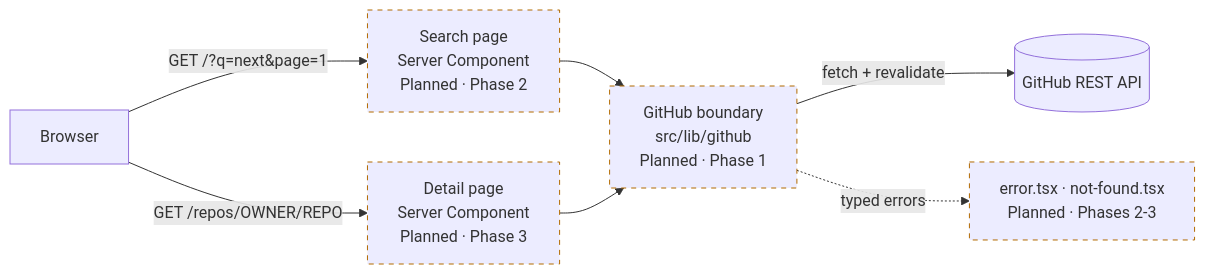
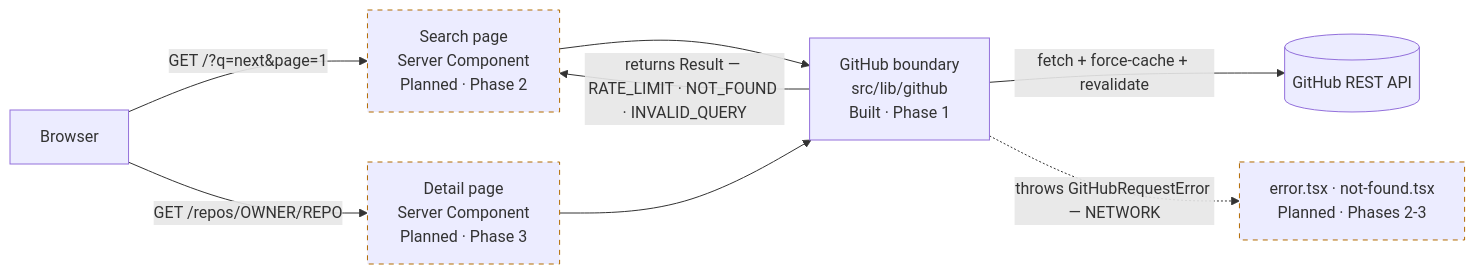
One commit to tommisullivan/github-repo-search changed the first of 5 diagrams in docs/ARCHITECTURE.md. Above: the diagram before and after it, drawn with Mermaid. The commit also changed other lines of this file and 33 other files, not shown here.

First line of the commit message:
Phase 1: typed, server-side GitHub client with named failures (#10)

````diff
--- a/docs/ARCHITECTURE.md
+++ b/docs/ARCHITECTURE.md
@@ -29,12 +29,13 @@
 ```mermaid
 flowchart LR
     U["Browser"] -->|"GET /?q=next&page=1"| SP["Search page<br/>Server Component<br/>Planned · Phase 2"]
     U -->|"GET /repos/OWNER/REPO"| DP["Detail page<br/>Server Component<br/>Planned · Phase 3"]
-    SP --> GC["GitHub boundary<br/>src/lib/github<br/>Planned · Phase 1"]
+    SP --> GC["GitHub boundary<br/>src/lib/github<br/>Built · Phase 1"]
     DP --> GC
-    GC -->|"fetch + revalidate"| API[("GitHub REST API")]
-    GC -.->|"typed errors"| EB["error.tsx · not-found.tsx<br/>Planned · Phases 2-3"]
+    GC -->|"fetch + force-cache + revalidate"| API[("GitHub REST API")]
+    GC -->|"returns Result — RATE_LIMIT · NOT_FOUND · INVALID_QUERY"| SP
+    GC -.->|"throws GitHubRequestError — NETWORK"| EB["error.tsx · not-found.tsx<br/>Planned · Phases 2-3"]
 
     classDef planned stroke:#b26a00,stroke-width:1px,stroke-dasharray:5 5
-    class SP,DP,GC,EB planned
+    class SP,DP,EB planned
 ```
````
